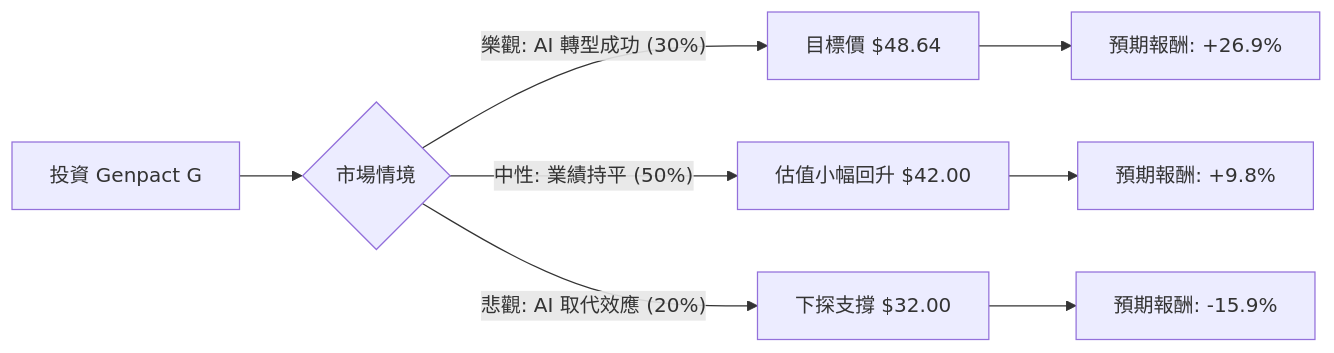
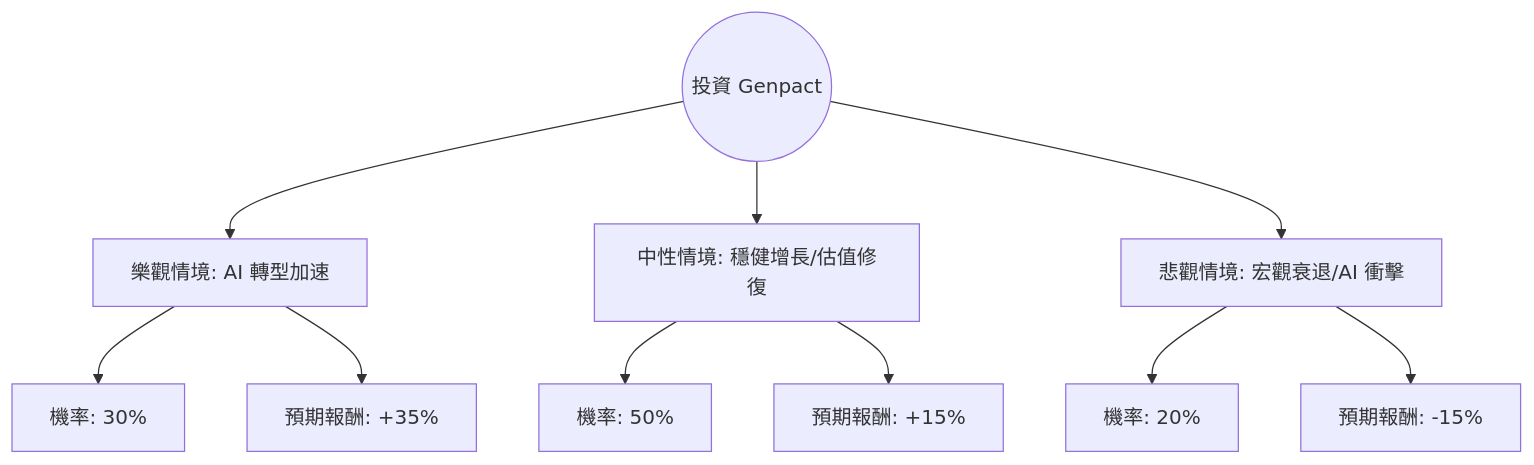
One commit to zmcx16/zmcx16.github.io changed the diagram in plugin-react/ai-analysis/ev-analysis/G.md. Above: the diagram before and after it, drawn with Mermaid. The commit also changed other lines of this file and 74 other files, not shown here.

````diff
--- a/plugin-react/ai-analysis/ev-analysis/G.md
+++ b/plugin-react/ai-analysis/ev-analysis/G.md
@@ -22,12 +19,15 @@
 ```mermaid
-graph LR
-    A[投資 Genpact G] --> B{市場情境}
+graph TD
+    Start((投資 Genpact)) --> Bull[樂觀情境: AI 轉型加速]
+    Start --> Base[中性情境: 穩健增長/估值修復]
+    Start --> Bear[悲觀情境: 宏觀衰退/AI 衝擊]
+
+    Bull --> Bull_P[機率: 30%]
+    Bull --> Bull_R[預期報酬: +35%]
     
-    B -- 樂觀: AI 轉型成功 (30%) --> C[目標價 $48.64]
-    B -- 中性: 業績持平 (50%) --> D[估值小幅回升 $42.00]
-    B -- 悲觀: AI 取代效應 (20%) --> E[下探支撐 $32.00]
-
-    C --> C1[預期報酬: +26.9%]
-    D --> D1[預期報酬: +9.8%]
-    E --> E1[預期報酬: -15.9%]
+    Base --> Base_P[機率: 50%]
+    Base --> Base_R[預期報酬: +15%]
+    
+    Bear --> Bear_P[機率: 20%]
+    Bear --> Bear_R[預期報酬: -15%]
 ```
````
